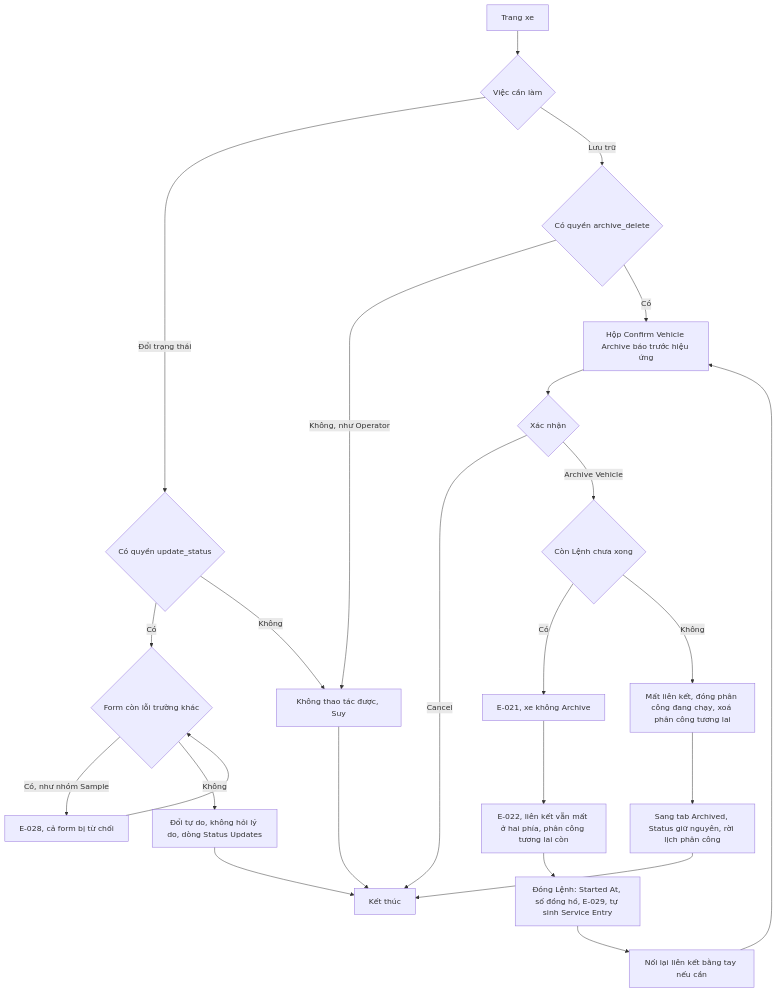
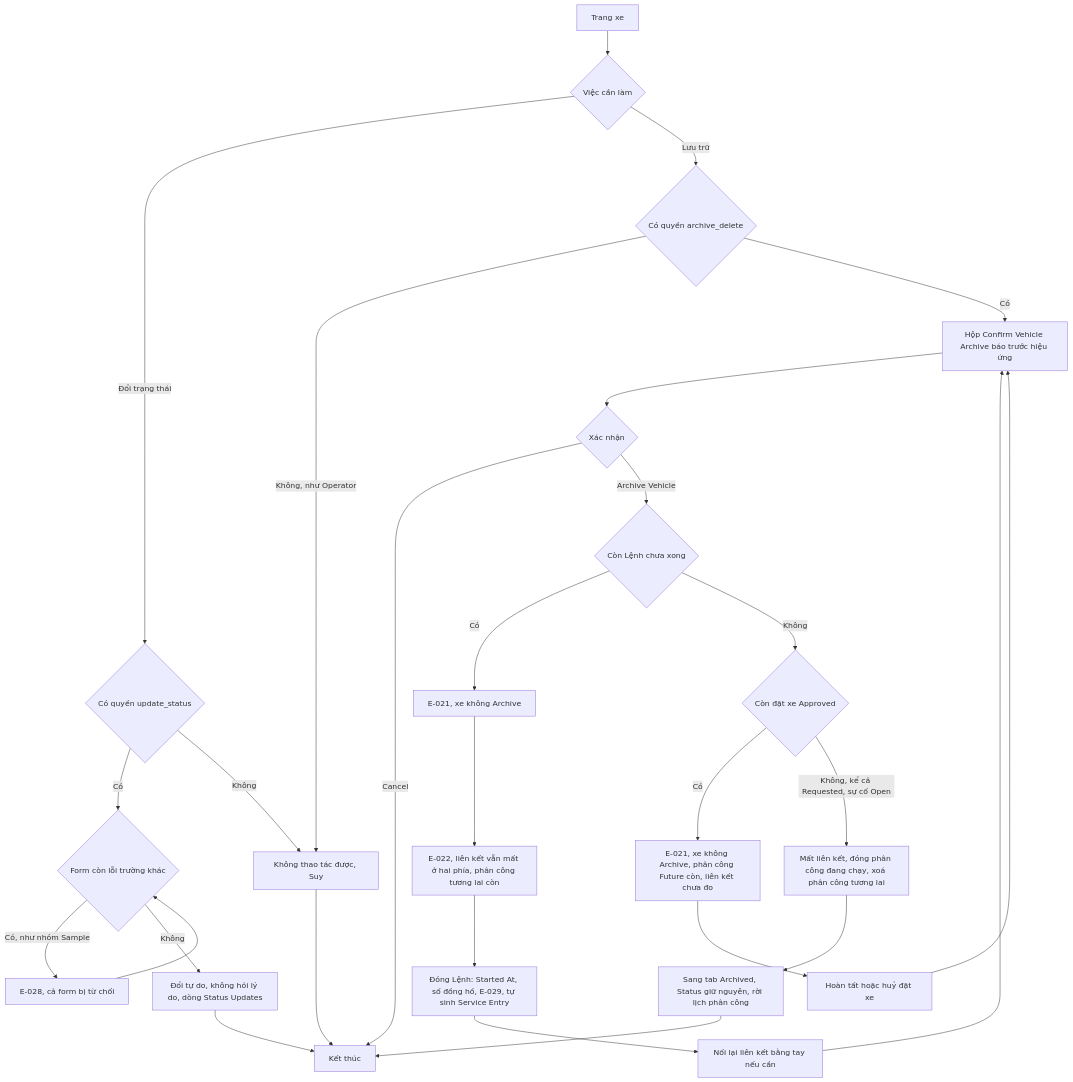
Before and after one commit to szitphan/invlogis: the ninth of 18 diagrams in docs/_research/fleetio/srs/fleetio-vehicle-flows.md, drawn with Mermaid. The commit also changed other lines of this file and 40 other files, not shown here.

First line of the commit message:
research: Fleetio lượt 6, đặt xe Motor Pool, Archive khi có đặt chỗ, soát và nối flow 59 màn

````diff
--- a/docs/_research/fleetio/srs/fleetio-vehicle-flows.md
+++ b/docs/_research/fleetio/srs/fleetio-vehicle-flows.md
@@ -203,26 +203,30 @@
 ```mermaid
 flowchart TD
     A["Trang xe"] --> B{"Việc cần làm"}
     B -->|"Đổi trạng thái"| C{"Có quyền update_status"}
     C -->|"Có"| C2{"Form còn lỗi trường khác"}
     C2 -->|"Có, như nhóm Sample"| E28["E-028, cả form bị từ chối"]
     E28 --> C2
     C2 -->|"Không"| D["Đổi tự do, không hỏi lý do, dòng Status Updates"]
     C -->|"Không"| E["Không thao tác được, Suy"]
     B -->|"Lưu trữ"| F{"Có quyền archive_delete"}
     F -->|"Không, như Operator"| E
     F -->|"Có"| F2["Hộp Confirm Vehicle Archive báo trước hiệu ứng"]
     F2 --> F3{"Xác nhận"}
     F3 -->|"Cancel"| H["Kết thúc"]
     F3 -->|"Archive Vehicle"| G{"Còn Lệnh chưa xong"}
     G -->|"Có"| E21["E-021, xe không Archive"]
     E21 --> E22["E-022, liên kết vẫn mất ở hai phía, phân công tương lai còn"]
     E22 --> W["Đóng Lệnh: Started At, số đồng hồ, E-029, tự sinh Service Entry"]
     W --> N["Nối lại liên kết bằng tay nếu cần"]
     N --> F2
-    G -->|"Không"| K["Mất liên kết, đóng phân công đang chạy, xoá phân công tương lai"]
+    G -->|"Không"| G2{"Còn đặt xe Approved"}
+    G2 -->|"Có"| E21B["E-021, xe không Archive, phân công Future còn, liên kết chưa đo"]
+    E21B --> W2["Hoàn tất hoặc huỷ đặt xe"]
+    W2 --> F2
+    G2 -->|"Không, kể cả Requested, sự cố Open"| K["Mất liên kết, đóng phân công đang chạy, xoá phân công tương lai"]
     K --> L["Sang tab Archived, Status giữ nguyên, rời lịch phân công"]
     D --> H
     E --> H
     L --> H
 ```
````
